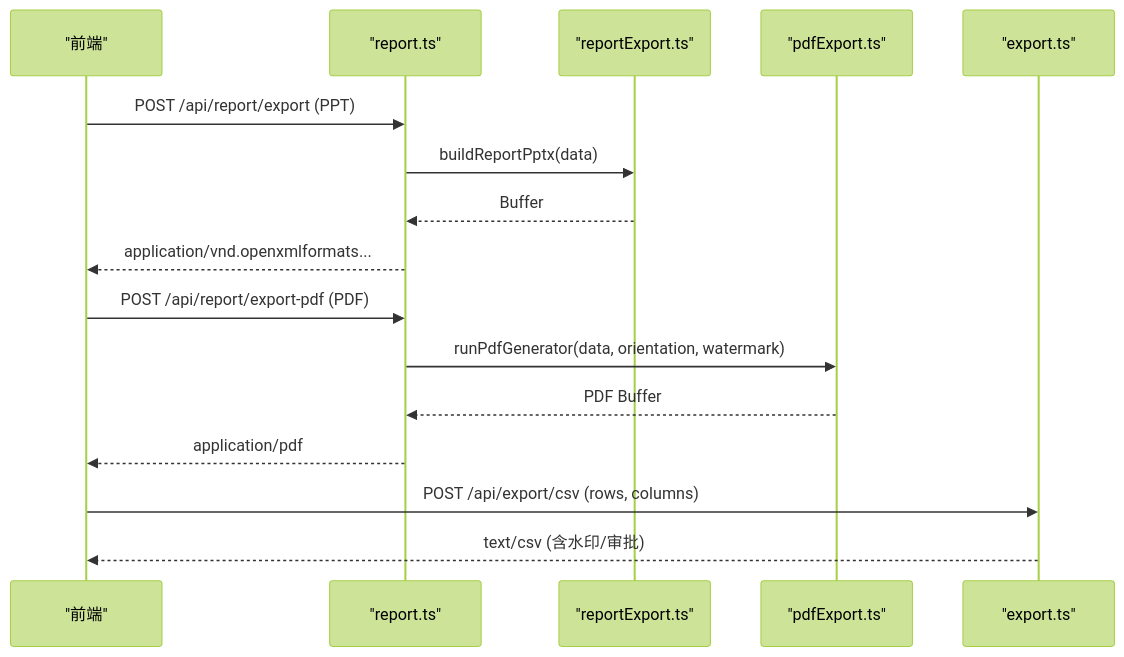
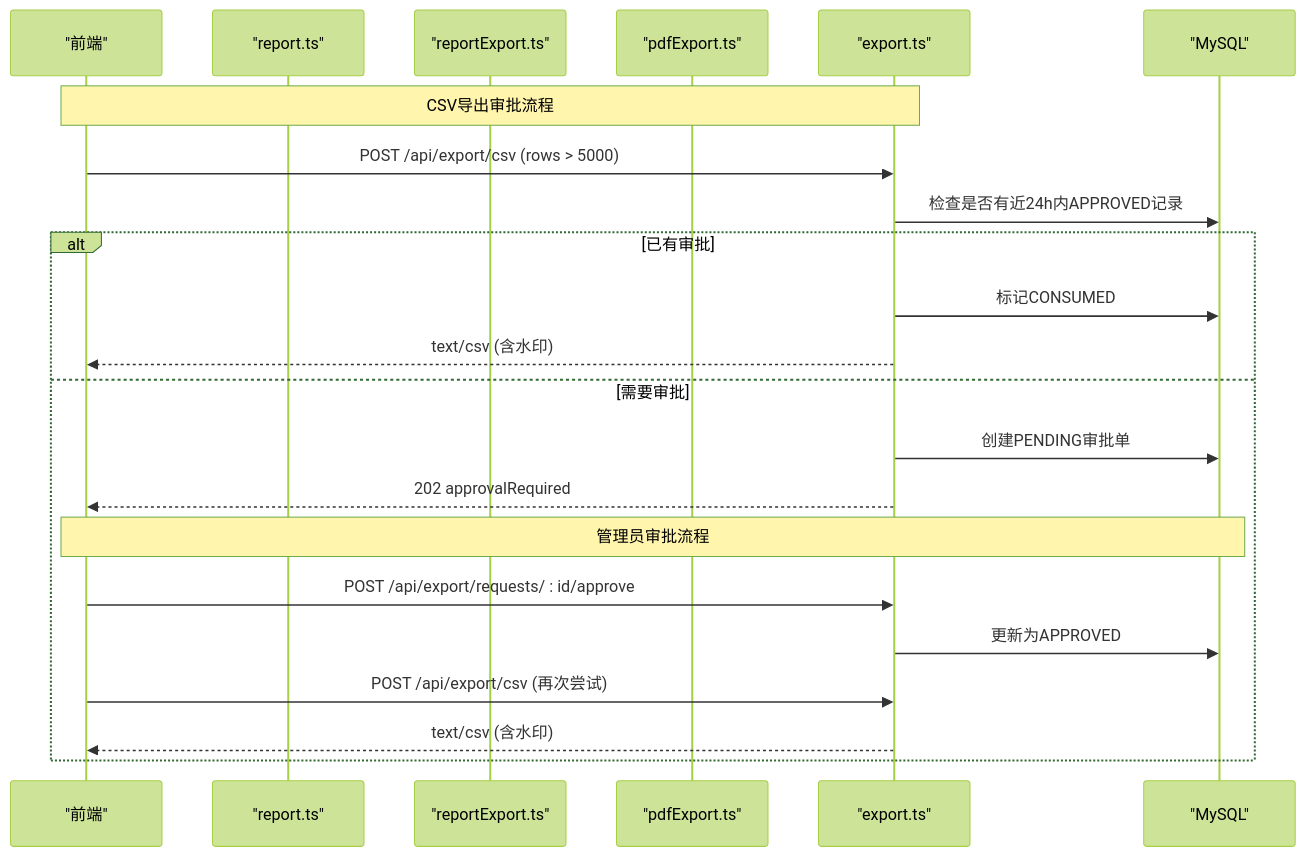
One commit to dgjin/smart-data-analytics changed the fourth of 6 diagrams in .qoder/repowiki/zh/content/API参考/报表API.md. Above: the diagram before and after it, drawn with Mermaid (forest theme). The commit also changed other lines of this file and 82 other files, not shown here.

````diff
--- a/.qoder/repowiki/zh/content/API参考/报表API.md
+++ b/.qoder/repowiki/zh/content/API参考/报表API.md
@@ -239,18 +323,24 @@
 ```mermaid
 sequenceDiagram
 participant FE as "前端"
 participant RP as "report.ts"
 participant RE as "reportExport.ts"
 participant PE as "pdfExport.ts"
 participant EX as "export.ts"
-FE->>RP : POST /api/report/export (PPT)
-RP->>RE : buildReportPptx(data)
-RE-->>RP : Buffer
-RP-->>FE : application/vnd.openxmlformats...
-FE->>RP : POST /api/report/export-pdf (PDF)
-RP->>PE : runPdfGenerator(data, orientation, watermark)
-PE-->>RP : PDF Buffer
-RP-->>FE : application/pdf
-FE->>EX : POST /api/export/csv (rows, columns)
-EX-->>FE : text/csv (含水印/审批)
+participant DB as "MySQL"
+Note over FE,EX : CSV导出审批流程
+FE->>EX : POST /api/export/csv (rows > 5000)
+EX->>DB : 检查是否有近24h内APPROVED记录
+alt 已有审批
+EX->>DB : 标记CONSUMED
+EX-->>FE : text/csv (含水印)
+else 需要审批
+EX->>DB : 创建PENDING审批单
+EX-->>FE : 202 approvalRequired
+Note over FE,DB : 管理员审批流程
+FE->>EX : POST /api/export/requests/ : id/approve
+EX->>DB : 更新为APPROVED
+FE->>EX : POST /api/export/csv (再次尝试)
+EX-->>FE : text/csv (含水印)
+end
 ```
````
